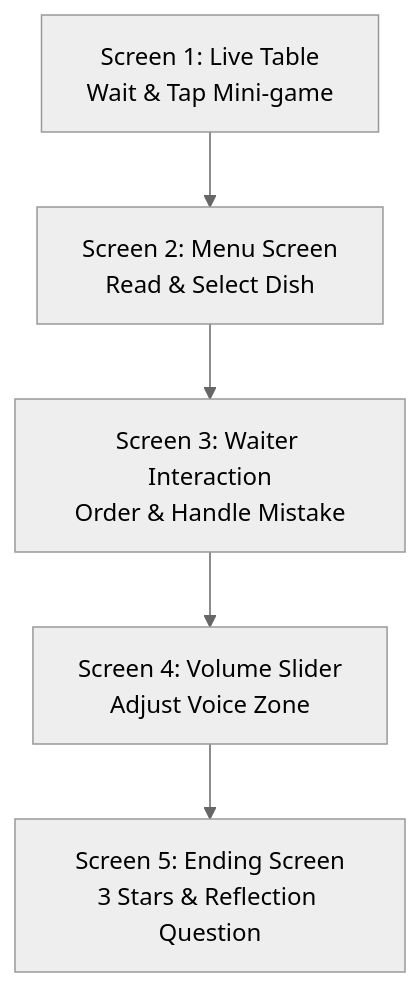
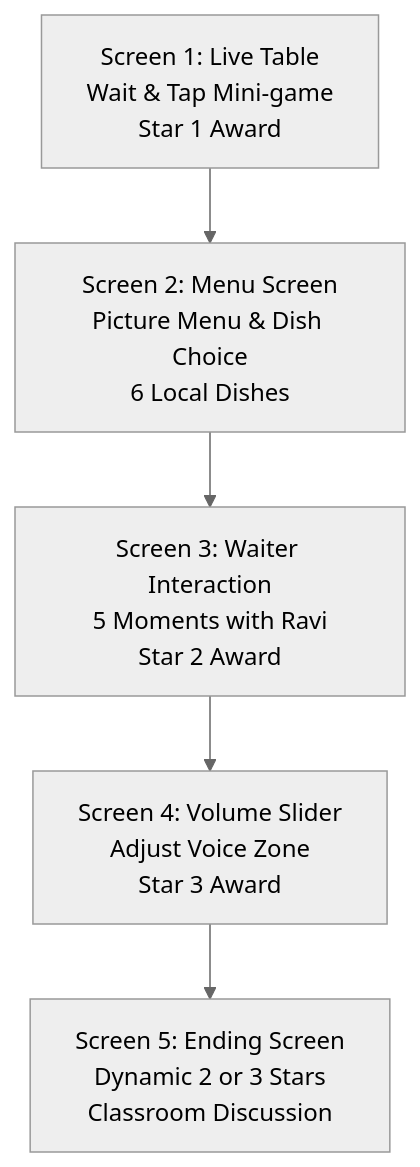
Before and after one commit to AbhiramRavula/MastersActivityUnit6: the diagram in Assets/SeniorsActivityUnit6/README.md, drawn with Mermaid (neutral theme). The commit also changed other lines of this file and 7 other files, not shown here.

````diff
--- a/Assets/SeniorsActivityUnit6/README.md
+++ b/Assets/SeniorsActivityUnit6/README.md
@@ -64,7 +25,7 @@
 ```mermaid
 graph TD
-    A[Screen 1: Live Table<br/>Wait & Tap Mini-game] --> B[Screen 2: Menu Screen<br/>Read & Select Dish]
-    B --> C[Screen 3: Waiter Interaction<br/>Order & Handle Mistake]
-    C --> D[Screen 4: Volume Slider<br/>Adjust Voice Zone]
-    D --> E[Screen 5: Ending Screen<br/>3 Stars & Reflection Question]
+    A[Screen 1: Live Table<br/>Wait & Tap Mini-game<br/>Star 1 Award] --> B[Screen 2: Menu Screen<br/>Picture Menu & Dish Choice<br/>6 Local Dishes]
+    B --> C[Screen 3: Waiter Interaction<br/>5 Moments with Ravi<br/>Star 2 Award]
+    C --> D[Screen 4: Volume Slider<br/>Adjust Voice Zone<br/>Star 3 Award]
+    D --> E[Screen 5: Ending Screen<br/>Dynamic 2 or 3 Stars<br/>Classroom Discussion]
 ```
````
